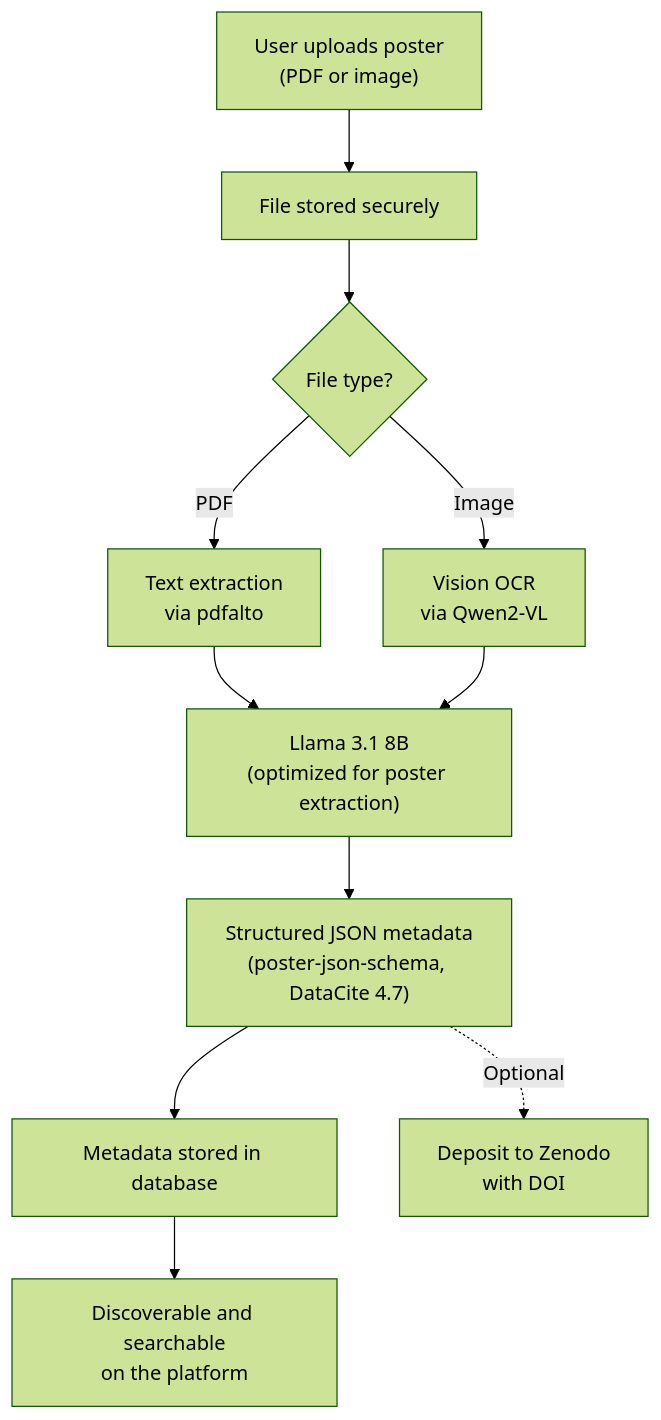
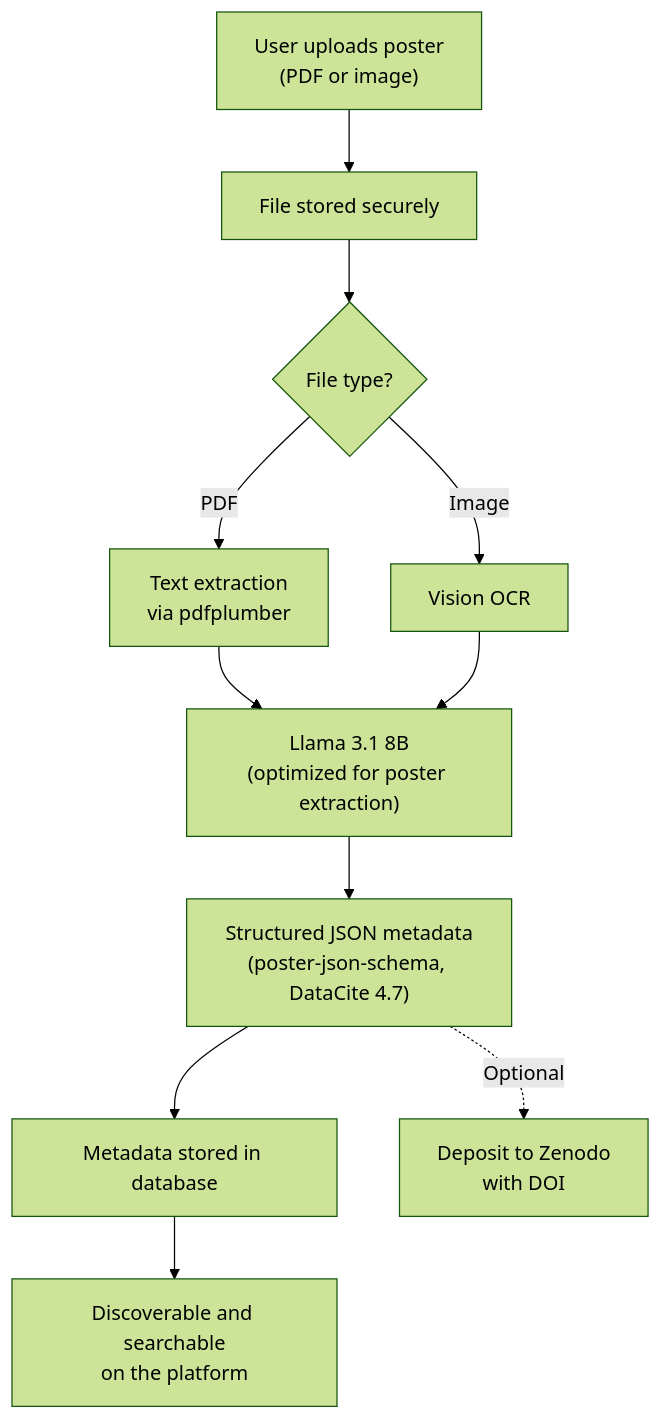
One commit to fairdataihub/posters-science changed the diagram in README.md. Above: the diagram before and after it, drawn with Mermaid (forest theme).

Commit message:
docs: drop the named vision model and correct the text extractor in the diagram
Completes the change begun in the prose and component table: the flowchart still
named pdfalto, which was superseded by pdfplumber, and Qwen2-VL.

````diff
--- a/README.md
+++ b/README.md
@@ -76,13 +76,13 @@
 ```mermaid
 flowchart TD
     A["User uploads poster\n(PDF or image)"] --> B["File stored securely"]
     B --> C{"File type?"}
-    C -->|PDF| D["Text extraction\nvia pdfalto"]
-    C -->|Image| E["Vision OCR\nvia Qwen2-VL"]
+    C -->|PDF| D["Text extraction\nvia pdfplumber"]
+    C -->|Image| E["Vision OCR"]
     D --> F["Llama 3.1 8B\n(optimized for poster extraction)"]
     E --> F
     F --> G["Structured JSON metadata\n(poster-json-schema, DataCite 4.7)"]
     G --> H["Metadata stored in database"]
     H --> I["Discoverable and searchable\non the platform"]
     G -.->|Optional| J["Deposit to Zenodo\nwith DOI"]
 ```
````
